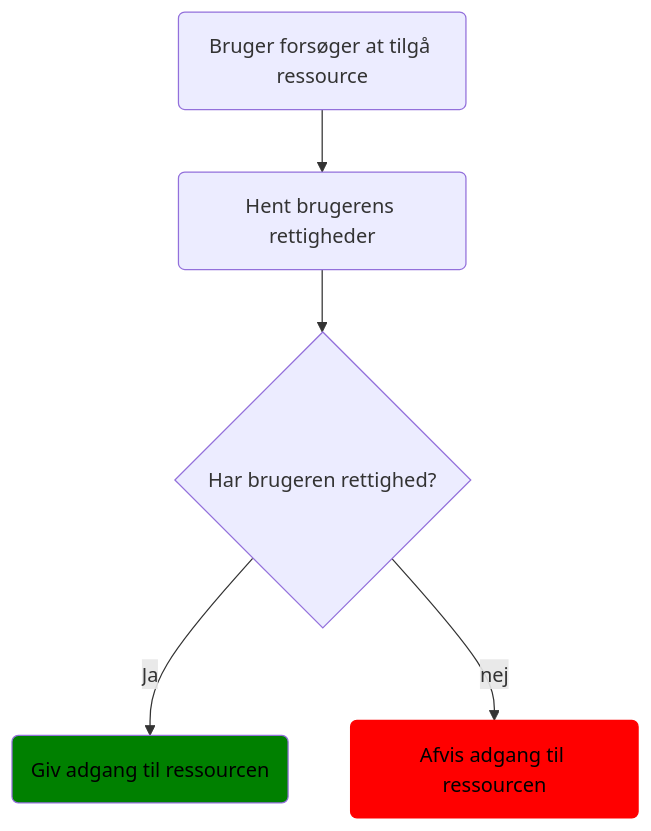
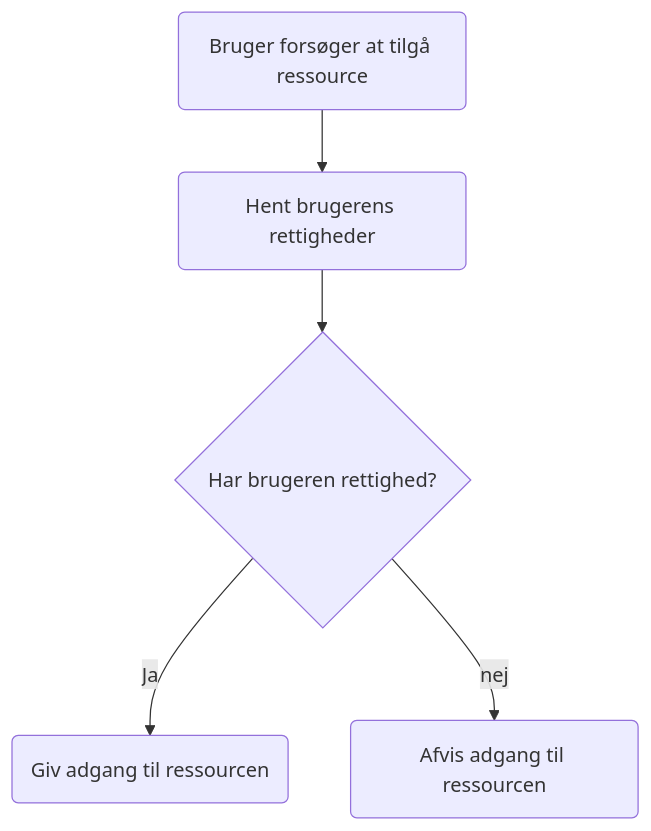
One commit to Fileodon/Diagram changed the diagram in rettighedder.mmd. Above: the diagram before and after it, drawn with Mermaid. The commit also changed 1 other file, not shown here.

```diff
--- a/rettighedder.mmd
+++ b/rettighedder.mmd
@@ -1,12 +1,7 @@
 
 flowchart TD
    A(Bruger forsøger at tilgå ressource)
    A --> B(Hent brugerens rettigheder)
    B --> C{Har brugeren rettighed?}
    C --> |Ja| D(Giv adgang til ressourcen)
    C --> |nej| E(Afvis adgang til ressourcen)
-   
-   classDef Ja fill:green,stroke:#green,color:#000
-   class D Ja
-   classDef Nej fill:Red,stroke:red,color:#000
-   class E Nej
```
